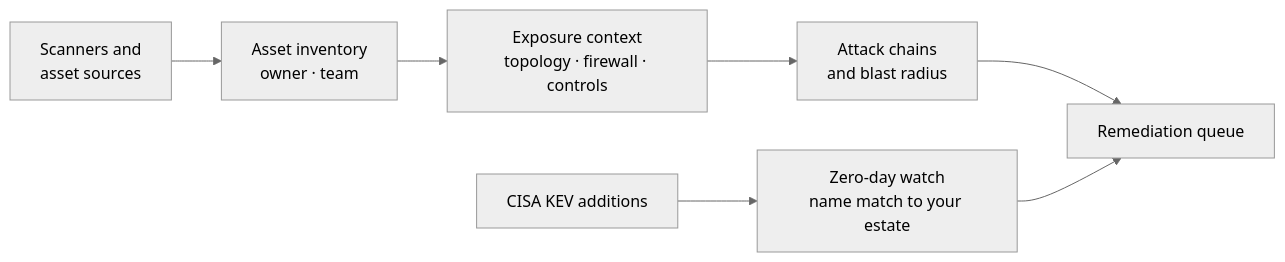
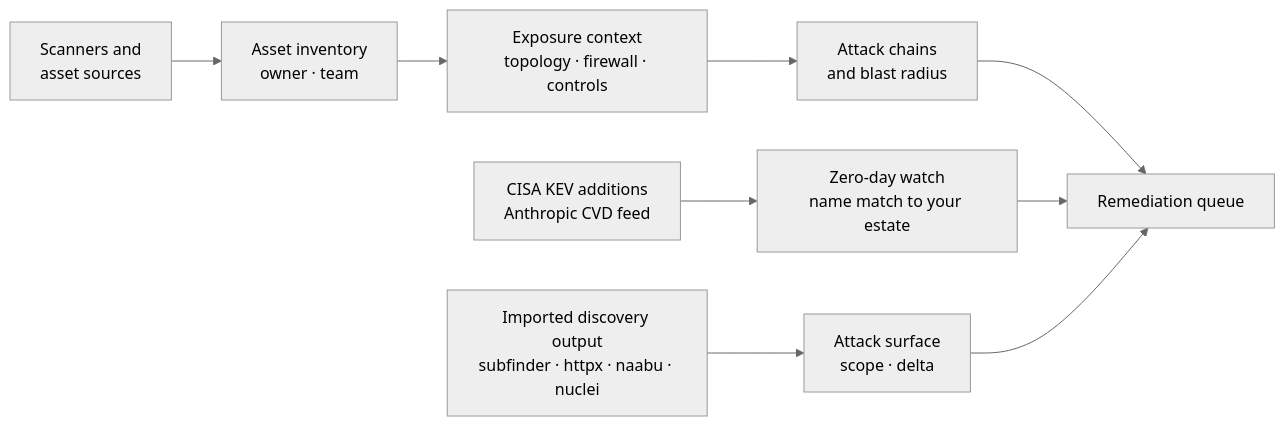
Before and after one commit to pavankumar-evani/VulnHunter: the sixth of 13 diagrams in README.md, drawn with Mermaid (neutral theme). The commit also changed other lines of this file and 15 other files, not shown here.

````diff
--- a/README.md
+++ b/README.md
@@ -264,9 +297,11 @@
 ```mermaid
 flowchart LR
     A[Scanners and<br/>asset sources] --> B[Asset inventory<br/>owner · team]
     B --> C[Exposure context<br/>topology · firewall · controls]
     C --> D[Attack chains<br/>and blast radius]
     D --> E[Remediation queue]
-    F[CISA KEV additions] --> G[Zero-day watch<br/>name match to your estate]
+    F[CISA KEV additions<br/>Anthropic CVD feed] --> G[Zero-day watch<br/>name match to your estate]
     G --> E
+    H[Imported discovery output<br/>subfinder · httpx · naabu · nuclei] --> I[Attack surface<br/>scope · delta]
+    I --> E
 ```
````
